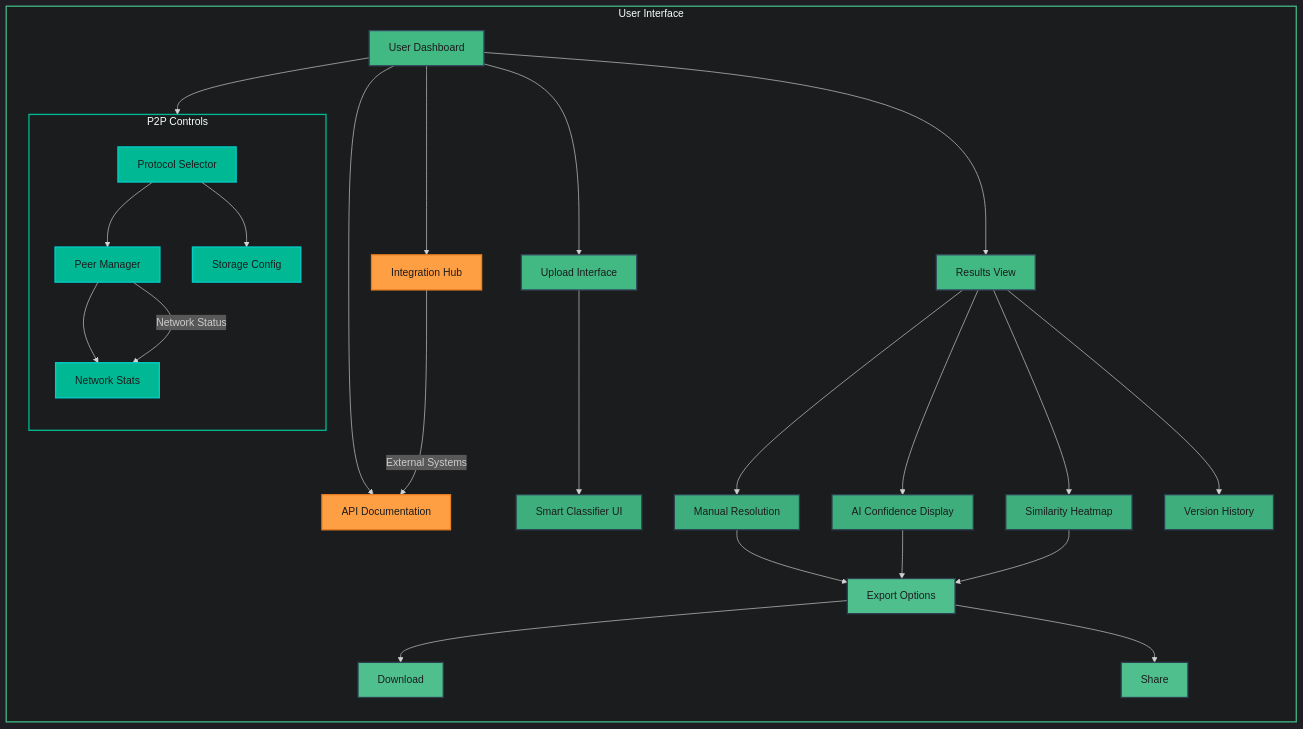
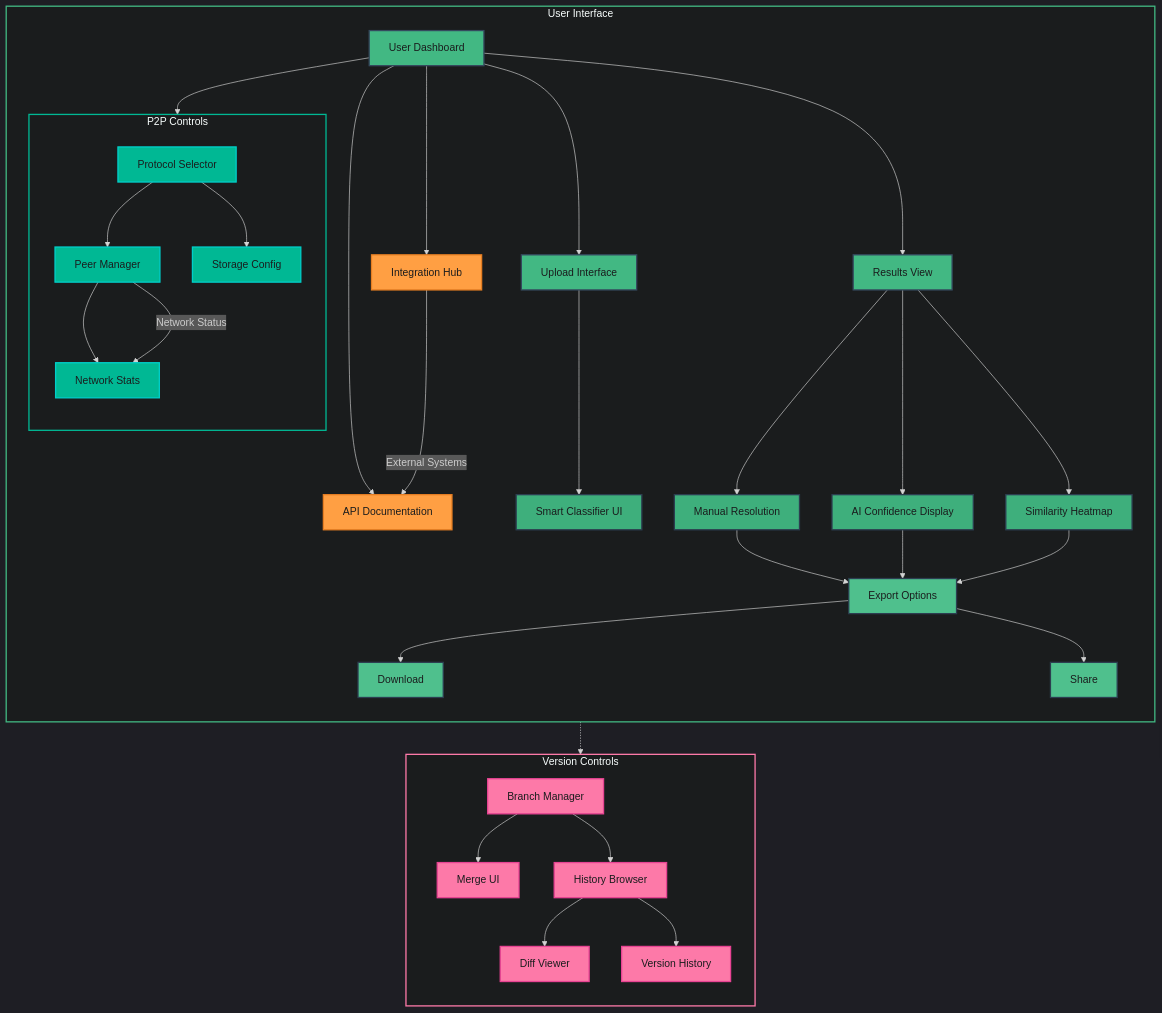
Before and after one commit to jermsam/jdeduplix: the second of 3 diagrams in ReadMe.md, drawn with Mermaid. The commit also changed other lines of this file, not shown here.

Commit message:
enhance design with version control

````diff
--- a/ReadMe.md
+++ b/ReadMe.md
@@ -273,58 +256,73 @@
 ```mermaid
 %%{init: {'theme': 'dark', 'themeVariables': { 'darkMode': true }}}%%
 flowchart TD
     classDef primary fill:#42b883,stroke:#35495e,stroke-width:2px,color:#1a1c1d
     classDef secondary fill:#3eaf7c,stroke:#2c3e50,stroke-width:2px,color:#1a1c1d
     classDef action fill:#4fc08d,stroke:#2c3e50,stroke-width:2px,color:#1a1c1d
     classDef api fill:#ff9f43,stroke:#e67e22,stroke-width:2px,color:#1a1c1d
     classDef p2p fill:#00b894,stroke:#00cec9,stroke-width:2px,color:#1a1c1d
+    classDef version fill:#fd79a8,stroke:#e84393,stroke-width:2px,color:#1a1c1d
 
     subgraph UI[User Interface]
         direction TB
         A[User Dashboard]:::primary
         B[Upload Interface]:::primary
         C[Results View]:::primary
         D[Smart Classifier UI]:::secondary
         E[Manual Resolution]:::secondary
         F[AI Confidence Display]:::secondary
         G[Similarity Heatmap]:::secondary
         H[Export Options]:::action
         I[Download]:::action
         J[Share]:::action
         K[API Documentation]:::api
-        L[Version History]:::secondary
         M[Integration Hub]:::api
         
         subgraph P2P[P2P Controls]
             direction TB
             N[Protocol Selector]:::p2p
             O[Peer Manager]:::p2p
             P[Network Stats]:::p2p
             Q[Storage Config]:::p2p
         end
+    end
+
+    subgraph VCS[Version Controls]
+        direction TB
+        V[Branch Manager]:::version
+        W[Merge UI]:::version
+        X[History Browser]:::version
+        Y[Diff Viewer]:::version
+        L[Version History]:::version
         
-        A --> B
-        A --> C
-        A --> K
-        A --> M
-        A --> P2P
-        B --> D
-        C --> E
-        C --> F
-        C --> G
-        C --> L
-        E & F & G --> H
-        H --> I
-        H --> J
-        
-        N --> O
-        O --> P
-        N --> Q
-        
-        M --> |External Systems| K
-        O --> |Network Status| P
+        V --> W
+        V --> X
+        X --> Y
+        X --> L
     end
+    
+    A --> B
+    A --> C
+    A --> K
+    A --> M
+    A --> P2P
+    A -.-> VCS
+    B --> D
+    C --> E
+    C --> F
+    C --> G
+    E & F & G --> H
+    H --> I
+    H --> J
+    
+    N --> O
+    O --> P
+    N --> Q
+    
+    M --> |External Systems| K
+    O --> |Network Status| P
 
     style UI fill:#1a1c1d,stroke:#42b883,stroke-width:2px
     style P2P fill:#1a1c1d,stroke:#00b894,stroke-width:2px
+    style VCS fill:#1a1c1d,stroke:#fd79a8,stroke-width:2px
 ```
````
